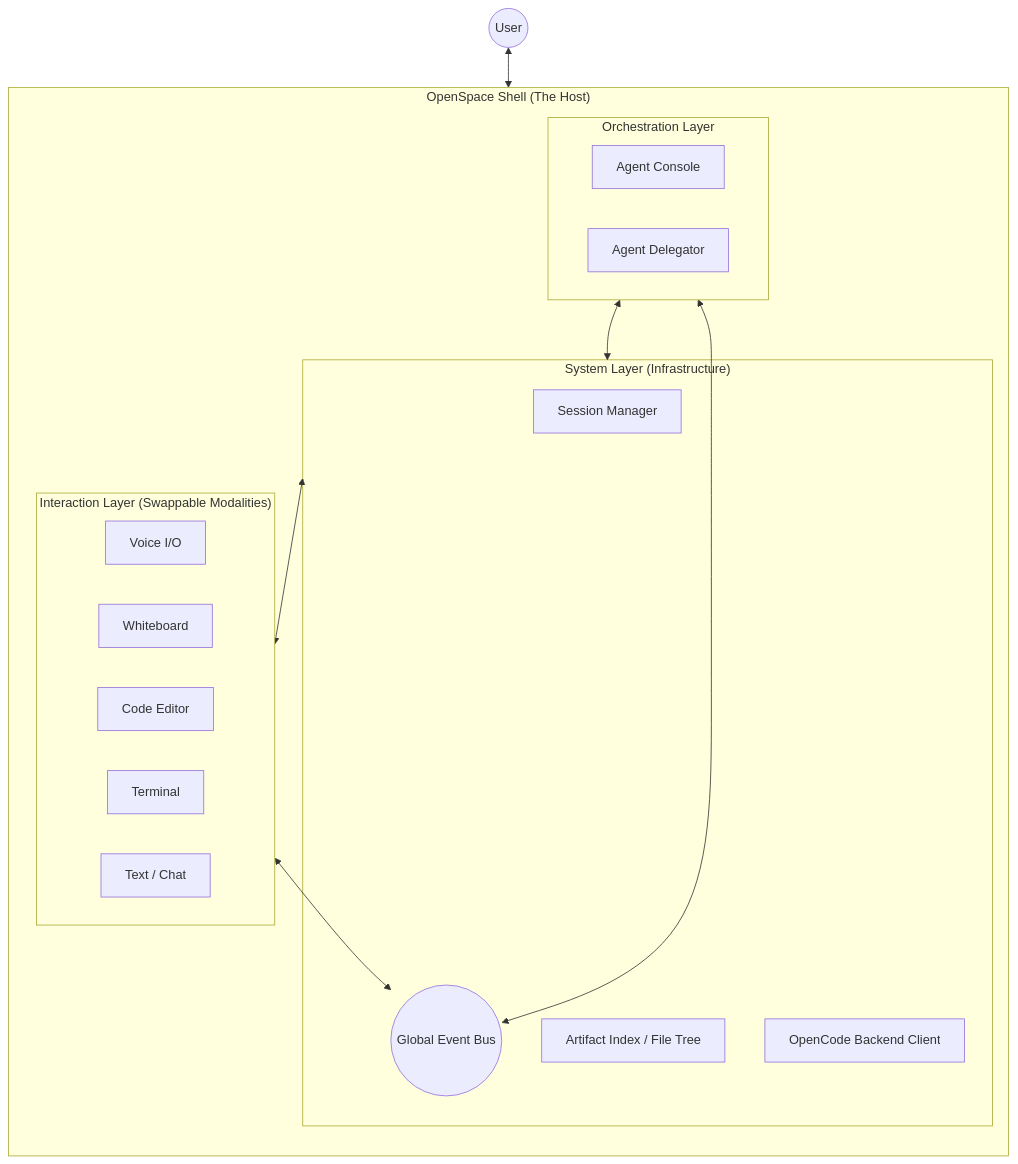
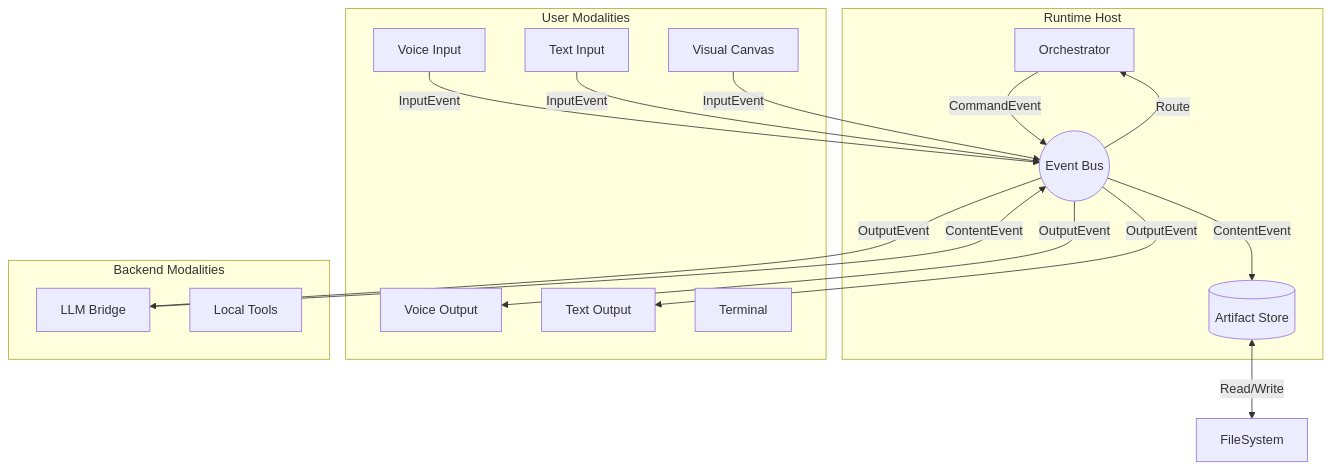
Before and after one commit to lshtram/openspace-workspace: the diagram in docs/tech/ARCHITECTURE.md, drawn with Mermaid. The commit also changed other lines of this file and 230 other files, not shown here.

````diff
--- a/docs/tech/ARCHITECTURE.md
+++ b/docs/tech/ARCHITECTURE.md
@@ -17,33 +29,40 @@
 ```mermaid
 flowchart TD
-    subgraph Shell ["OpenSpace Shell (The Host)"]
-        direction TB
-        
-        subgraph Infrastructure ["System Layer (Infrastructure)"]
-            SM[Session Manager]
-            Bus((Global Event Bus))
-            Index[Artifact Index / File Tree]
-            Client[OpenCode Backend Client]
-        end
-
-        subgraph ModalityPlugs ["Interaction Layer (Swappable Modalities)"]
-            direction LR
-            M1["Voice I/O"]
-            M2[Whiteboard]
-            M3[Code Editor]
-            M4[Terminal]
-            M5["Text / Chat"]
-        end
-
-        subgraph Brain ["Orchestration Layer"]
-            Console[Agent Console]
-            Delegator[Agent Delegator]
-        end
+    subgraph Host["Runtime Host"]
+        Store[(Artifact Store)]
+        Orch[Orchestrator]
+        Bus((Event Bus))
     end
 
-    User((User)) <--> ModalityPlugs
-    ModalityPlugs <--> Bus
-    Bus <--> Brain
-    Brain <--> Infrastructure
-    Infrastructure <--> ModalityPlugs
+    subgraph UserModalities["User Modalities"]
+        VI[Voice Input]
+        VO[Voice Output]
+        TI[Text Input]
+        TO[Text Output]
+        Canvas[Visual Canvas]
+        Term[Terminal]
+    end
+
+    subgraph BackendModalities["Backend Modalities"]
+        LLM[LLM Bridge]
+        Tools[Local Tools]
+    end
+
+    %% Data Flow
+    VI -->|InputEvent| Bus
+    TI -->|InputEvent| Bus
+    Canvas -->|InputEvent| Bus
+
+    Bus -->|Route| Orch
+    Orch -->|CommandEvent| Bus
+
+    Bus -->|OutputEvent| VO
+    Bus -->|OutputEvent| TO
+    Bus -->|OutputEvent| LLM
+
+    LLM -->|ContentEvent| Bus
+    Bus -->|ContentEvent| Store
+
+    %% Storage
+    Store <-->|Read/Write| FileSystem
 ```
````
